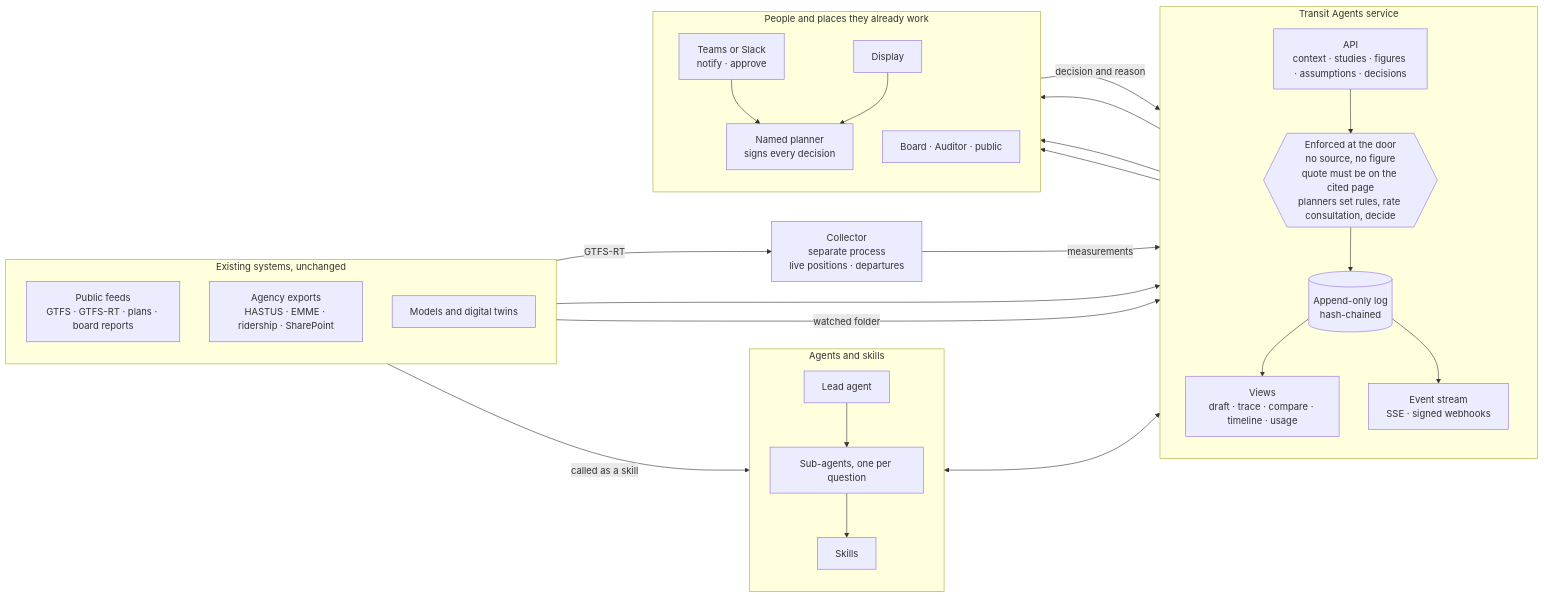
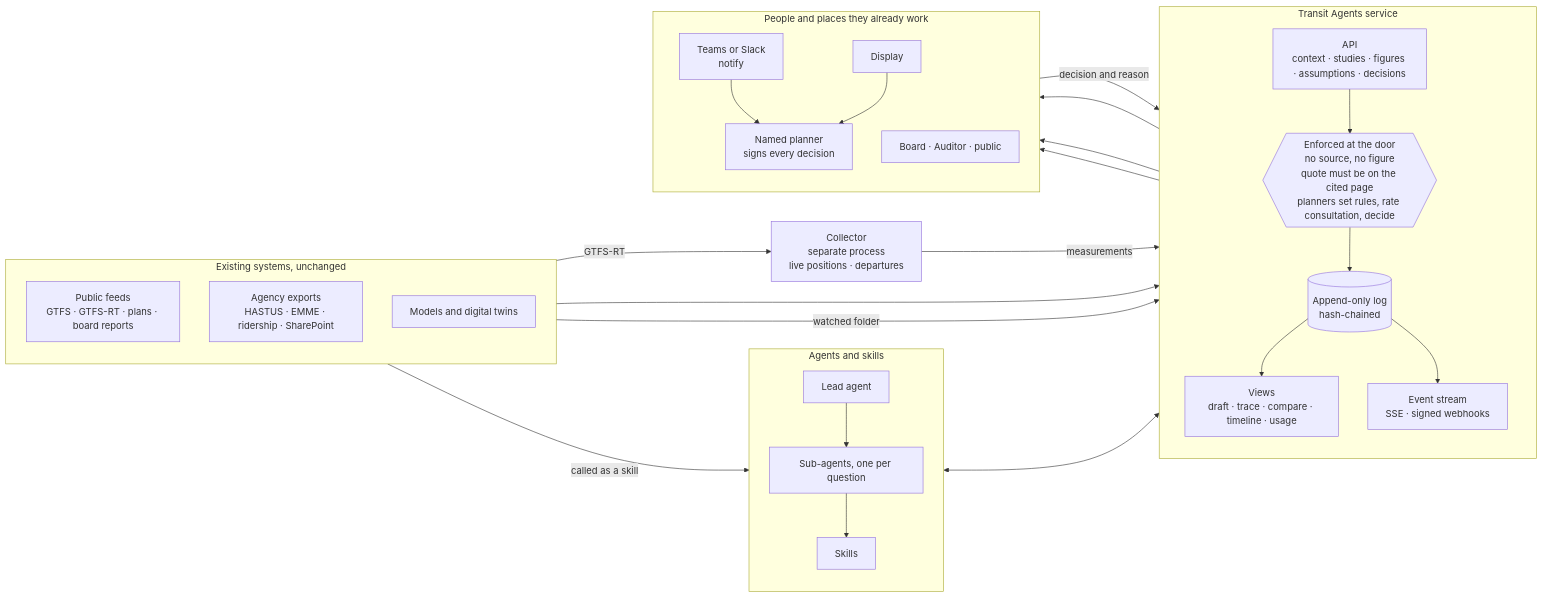
Before and after one commit to RichardLi-1/transit-agents: the diagram in docs/system.md, drawn with Mermaid. The commit also changed other lines of this file and 2 other files, not shown here.

Commit message:
Name the role a refused call needs, and add the README
- Say which role a refused call needs
- Add README with run steps, agent integration and status

````diff
--- a/docs/system.md
+++ b/docs/system.md
@@ -7,52 +7,52 @@
 ```mermaid
 flowchart LR
     subgraph existing["Existing systems, unchanged"]
         direction TB
         feeds["Public feeds<br/>GTFS · GTFS-RT · plans · board reports"]
         exports["Agency exports<br/>HASTUS · EMME · ridership · SharePoint"]
         models["Models and digital twins"]
     end
 
     subgraph agents["Agents and skills"]
         direction TB
         lead["Lead agent"]
         subs["Sub-agents, one per question"]
         skills["Skills"]
         lead --> subs --> skills
     end
 
     subgraph service["Transit Agents service"]
         direction TB
         api["API<br/>context · studies · figures · assumptions · decisions"]
         gate{{"Enforced at the door<br/>no source, no figure<br/>quote must be on the cited page<br/>planners set rules, rate consultation, decide"}}
         log[("Append-only log<br/>hash-chained")]
         views["Views<br/>draft · trace · compare · timeline · usage"]
         out["Event stream<br/>SSE · signed webhooks"]
         api --> gate --> log
         log --> views
         log --> out
     end
 
     collector["Collector<br/>separate process<br/>live positions · departures"]
     feeds -- "GTFS-RT" --> collector
     collector -- "measurements" --> views
 
     subgraph people["People and places they already work"]
         direction TB
-        chat["Teams or Slack<br/>notify · approve"]
+        chat["Teams or Slack<br/>notify"]
         display["Display"]
         planner["Named planner<br/>signs every decision"]
         external["Board · Auditor · public"]
     end
 
     feeds --> api
     exports -- "watched folder" --> api
     models -- "called as a skill" --> skills
     agents <--> api
     views --> display
     out --> chat
     out --> external
     chat --> planner
     display --> planner
     planner -- "decision and reason" --> api
 ```
````
